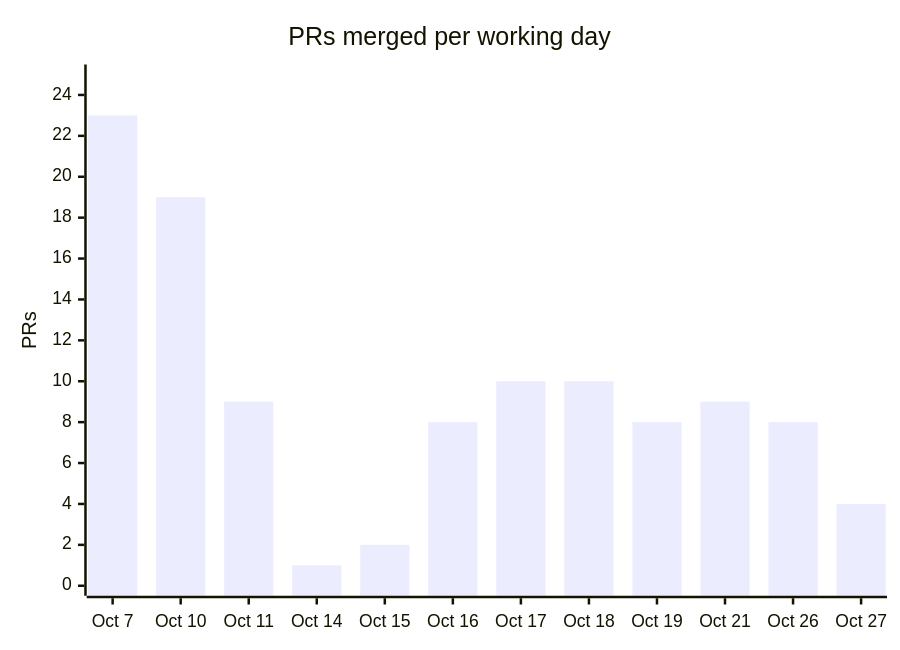
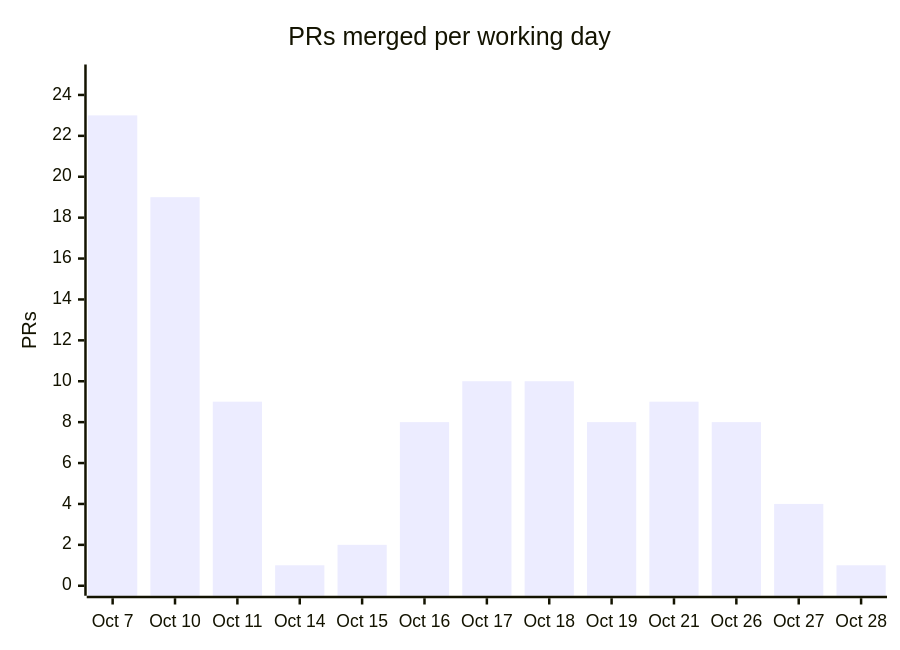
The fourth of 7 diagrams in docs/OVERVIEW.md (cmprssd/swjkja), drawn with Mermaid before and after one commit. The commit also changed other lines of this file and 14 other files, not shown here.

First line of the commit message:
feat(world): walking NPCs walk their legs and find their way by the nav graph (#112)

````diff
--- a/docs/OVERVIEW.md
+++ b/docs/OVERVIEW.md
@@ -166,7 +166,7 @@
 ```mermaid
 xychart-beta
     title "PRs merged per working day"
-    x-axis ["Oct 7", "Oct 10", "Oct 11", "Oct 14", "Oct 15", "Oct 16", "Oct 17", "Oct 18", "Oct 19", "Oct 21", "Oct 26", "Oct 27"]
+    x-axis ["Oct 7", "Oct 10", "Oct 11", "Oct 14", "Oct 15", "Oct 16", "Oct 17", "Oct 18", "Oct 19", "Oct 21", "Oct 26", "Oct 27", "Oct 28"]
     y-axis "PRs" 0 --> 25
-    bar [23, 19, 9, 1, 2, 8, 10, 10, 8, 9, 8, 4]
+    bar [23, 19, 9, 1, 2, 8, 10, 10, 8, 9, 8, 4, 1]
 ```
````
